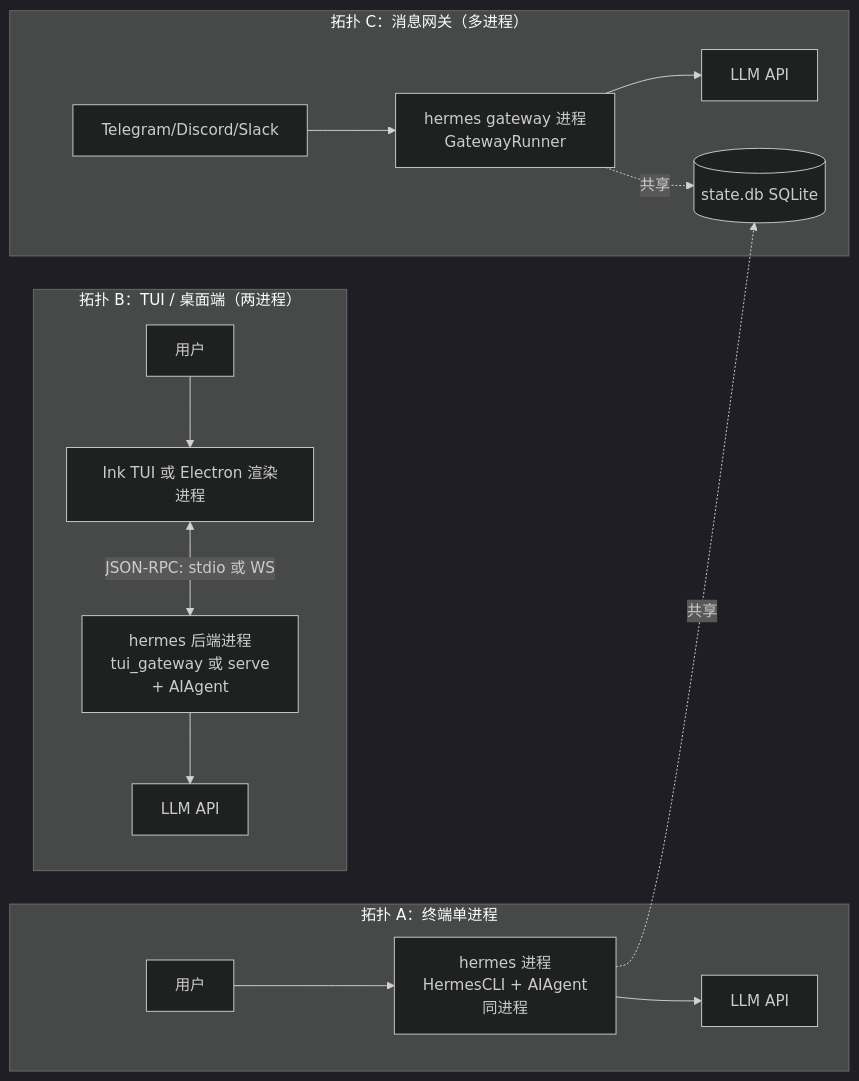
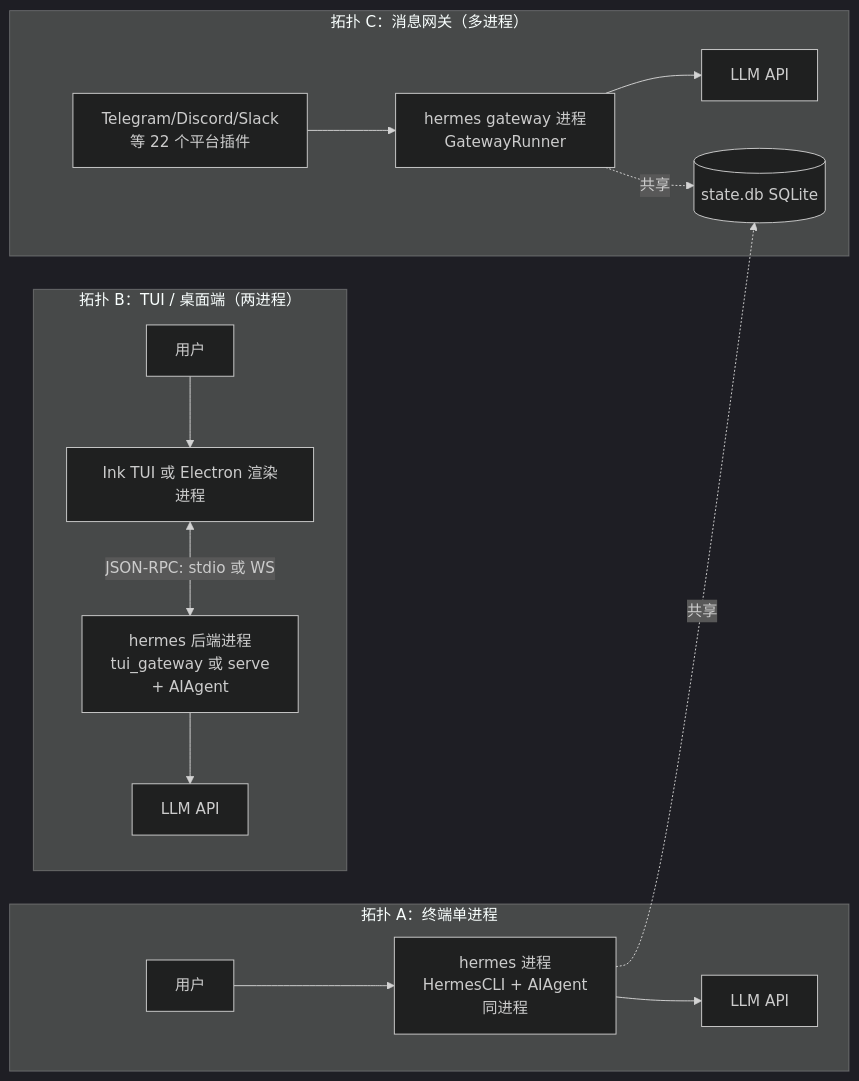
Before and after one commit to adrian9778/hermes-agent: the first of 3 diagrams in docs/sourceReader/01-简单框架-系统骨架.md, drawn with Mermaid (dark theme). The commit also changed other lines of this file and 22 other files, not shown here.

````diff
--- a/docs/sourceReader/01-简单框架-系统骨架.md
+++ b/docs/sourceReader/01-简单框架-系统骨架.md
@@ -54,20 +66,20 @@
 ```mermaid
 flowchart LR
     subgraph T1["拓扑 A：终端单进程"]
         U1[用户] --> CL[hermes 进程<br/>HermesCLI + AIAgent<br/>同进程]
         CL --> LLM1[LLM API]
     end
 
     subgraph T2["拓扑 B：TUI / 桌面端（两进程）"]
         U2[用户] --> FE[Ink TUI 或 Electron 渲染进程]
         FE <-->|JSON-RPC: stdio 或 WS| BE[hermes 后端进程<br/>tui_gateway 或 serve<br/>+ AIAgent]
         BE --> LLM2[LLM API]
     end
 
     subgraph T3["拓扑 C：消息网关（多进程）"]
-        PLAT[Telegram/Discord/Slack] --> GW[hermes gateway 进程<br/>GatewayRunner]
+        PLAT[Telegram/Discord/Slack<br/>等 22 个平台插件] --> GW[hermes gateway 进程<br/>GatewayRunner]
         GW --> LLM3[LLM API]
         GW -.共享.-> DB[(state.db SQLite)]
         CL -.共享.-> DB
     end
 ```
````
